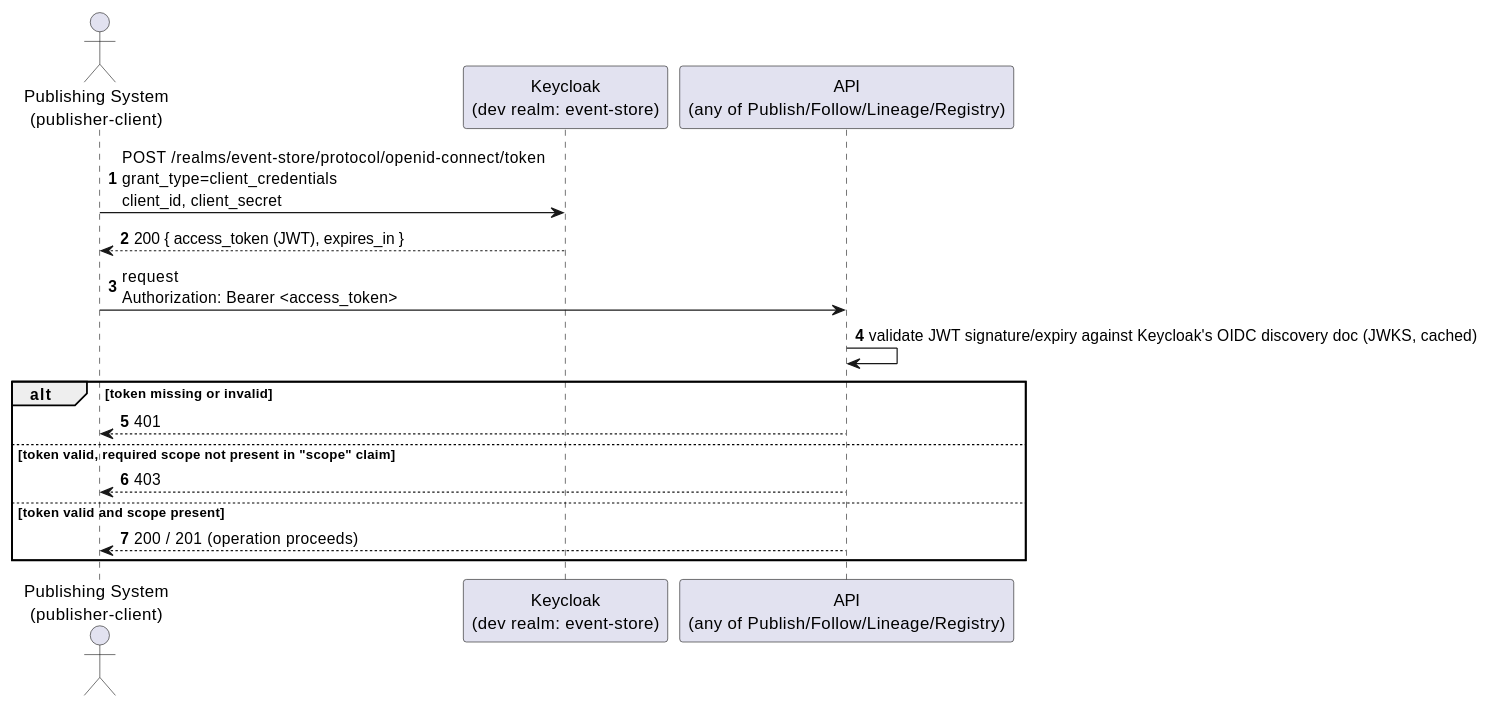
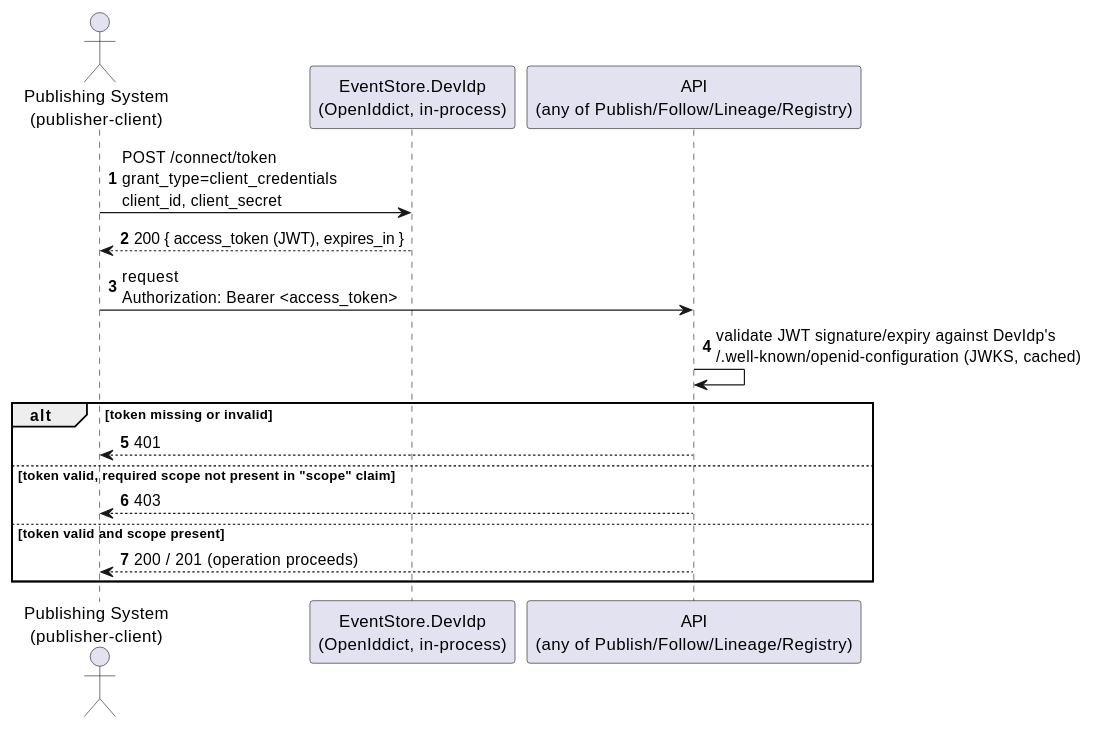
One commit to Mwwhited-BookLearning/EventSourcing changed the first of 2 diagrams in docs/features/auth.md. Above: the diagram before and after it, drawn with PlantUML. The commit also changed other lines of this file and 9 other files, not shown here.

````diff
--- a/docs/features/auth.md
+++ b/docs/features/auth.md
@@ -9,20 +10,20 @@
 ```plantuml
 @startuml Auth_TokenFlow_Sequence
 autonumber
 actor "Publishing System\n(publisher-client)" as client
-participant "Keycloak\n(dev realm: event-store)" as idp
+participant "EventStore.DevIdp\n(OpenIddict, in-process)" as idp
 participant "API\n(any of Publish/Follow/Lineage/Registry)" as api
 
-client -> idp: POST /realms/event-store/protocol/openid-connect/token\ngrant_type=client_credentials\nclient_id, client_secret
+client -> idp: POST /connect/token\ngrant_type=client_credentials\nclient_id, client_secret
 idp --> client: 200 { access_token (JWT), expires_in }
 client -> api: request\nAuthorization: Bearer <access_token>
-api -> api: validate JWT signature/expiry against Keycloak's OIDC discovery doc (JWKS, cached)
+api -> api: validate JWT signature/expiry against DevIdp's\n/.well-known/openid-configuration (JWKS, cached)
 alt token missing or invalid
   api --> client: 401
 else token valid, required scope not present in "scope" claim
   api --> client: 403
 else token valid and scope present
   api --> client: 200 / 201 (operation proceeds)
 end
 @enduml
 ```
````
